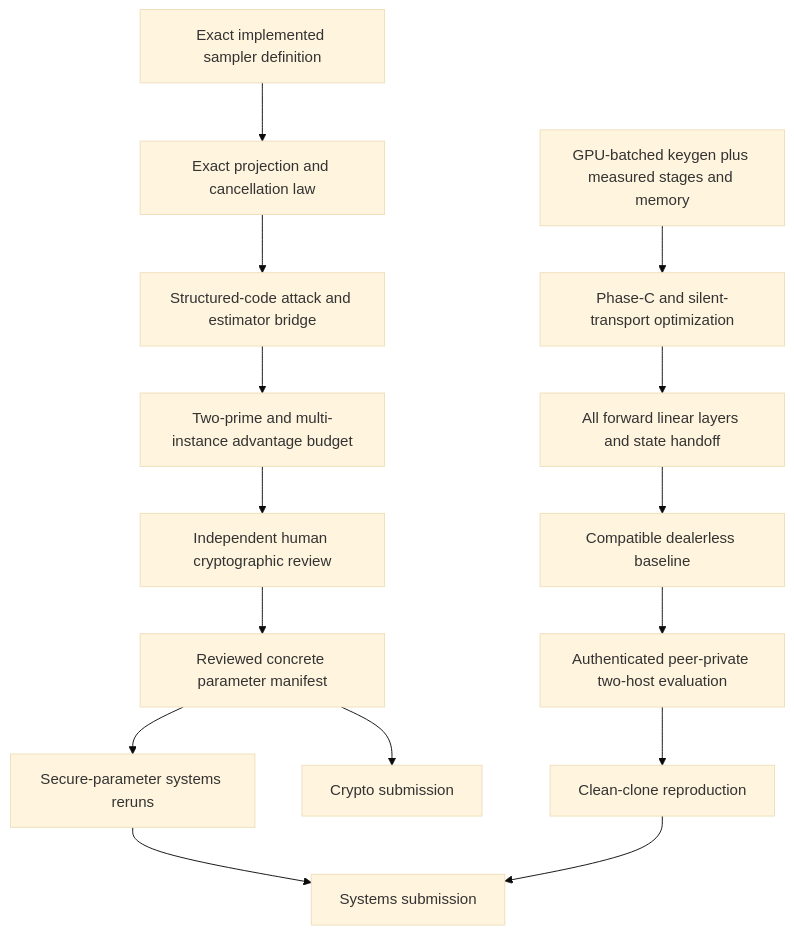
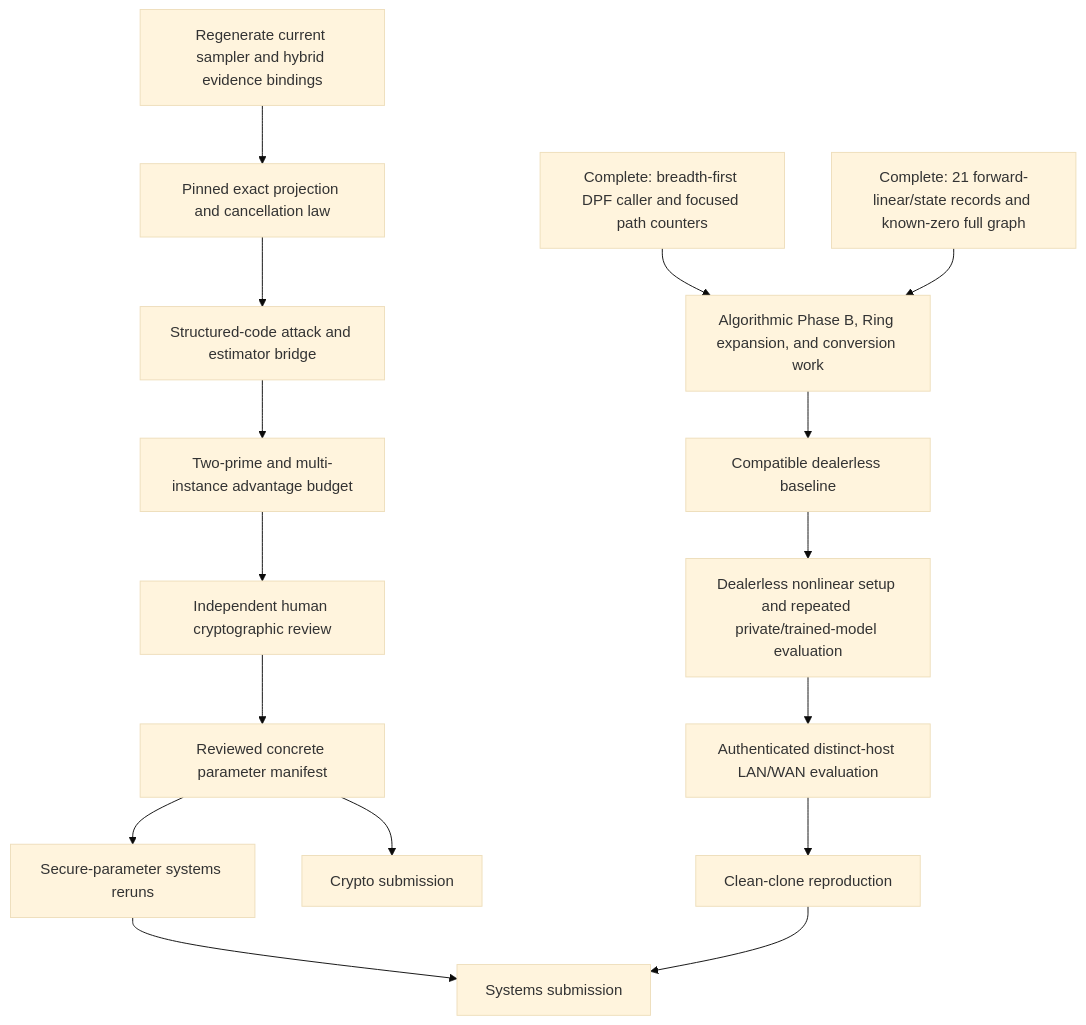
Before and after one commit to mottopanikeiku/EzPC: the diagram in GPU-MPC/ringlpn/results/reports/publication_portfolio_2026_08_04.md, drawn with Mermaid (base theme). The commit also changed other lines of this file and 199 other files, not shown here.

````diff
--- a/GPU-MPC/ringlpn/results/reports/publication_portfolio_2026_08_04.md
+++ b/GPU-MPC/ringlpn/results/reports/publication_portfolio_2026_08_04.md
@@ -48,18 +50,19 @@
 ```mermaid
 graph TD
-  A[Exact implemented sampler definition] --> B[Exact projection and cancellation law]
+  A[Regenerate current sampler and hybrid evidence bindings] --> B[Pinned exact projection and cancellation law]
   B --> C[Structured-code attack and estimator bridge]
   C --> D[Two-prime and multi-instance advantage budget]
   D --> E[Independent human cryptographic review]
   E --> F[Reviewed concrete parameter manifest]
   F --> G[Secure-parameter systems reruns]
 
-  H[GPU-batched keygen plus measured stages and memory] --> I[Phase-C and silent-transport optimization]
-  I --> J[All forward linear layers and state handoff]
-  J --> K[Compatible dealerless baseline]
-  K --> L[Authenticated peer-private two-host evaluation]
+  H[Complete: breadth-first DPF caller and focused path counters] --> I[Algorithmic Phase B, Ring expansion, and conversion work]
+  J[Complete: 21 forward-linear/state records and known-zero full graph] --> I
+  I --> K[Compatible dealerless baseline]
+  K --> P[Dealerless nonlinear setup and repeated private/trained-model evaluation]
+  P --> L[Authenticated distinct-host LAN/WAN evaluation]
   L --> M[Clean-clone reproduction]
   G --> N[Systems submission]
   M --> N
   F --> O[Crypto submission]
 ```
````
